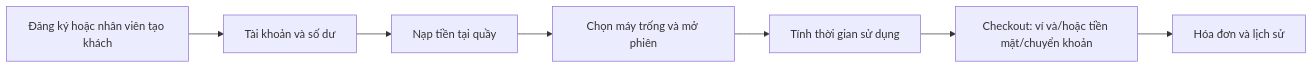
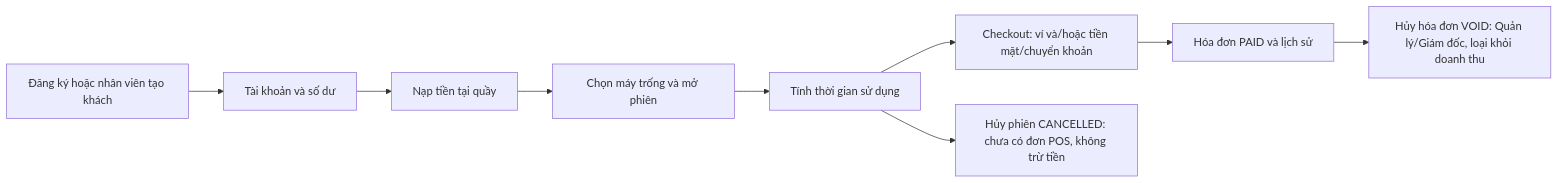
The first of 2 diagrams in docs/architecture/BUSINESS_FLOWS.md (hoanganh1601/cyberhub-manager), drawn with Mermaid before and after one commit. The commit also changed other lines of this file and 95 other files, not shown here.

````diff
--- a/docs/architecture/BUSINESS_FLOWS.md
+++ b/docs/architecture/BUSINESS_FLOWS.md
@@ -21,9 +21,11 @@
 ```mermaid
 flowchart LR
     A[Đăng ký hoặc nhân viên tạo khách] --> B[Tài khoản và số dư]
     B --> C[Nạp tiền tại quầy]
     C --> D[Chọn máy trống và mở phiên]
     D --> E[Tính thời gian sử dụng]
     E --> F[Checkout: ví và/hoặc tiền mặt/chuyển khoản]
-    F --> G[Hóa đơn và lịch sử]
+    E --> X[Hủy phiên CANCELLED: chưa có đơn POS, không trừ tiền]
+    F --> G[Hóa đơn PAID và lịch sử]
+    G --> V[Hủy hóa đơn VOID: Quản lý/Giám đốc, loại khỏi doanh thu]
 ```
````
